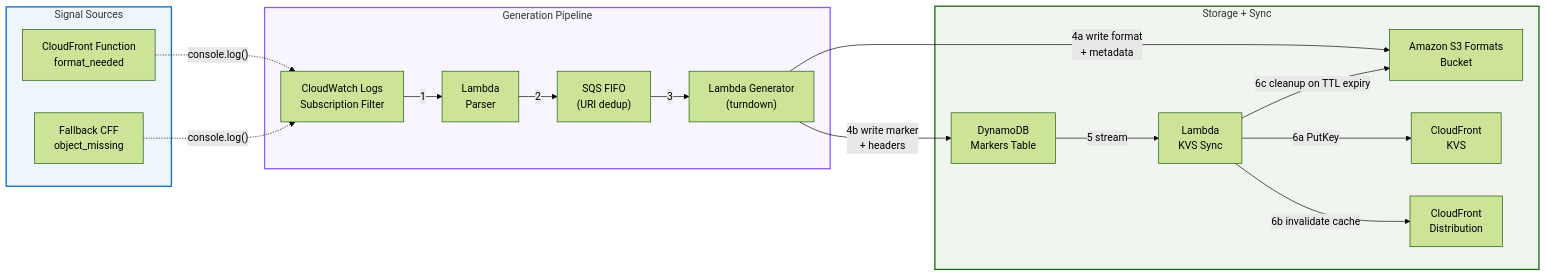
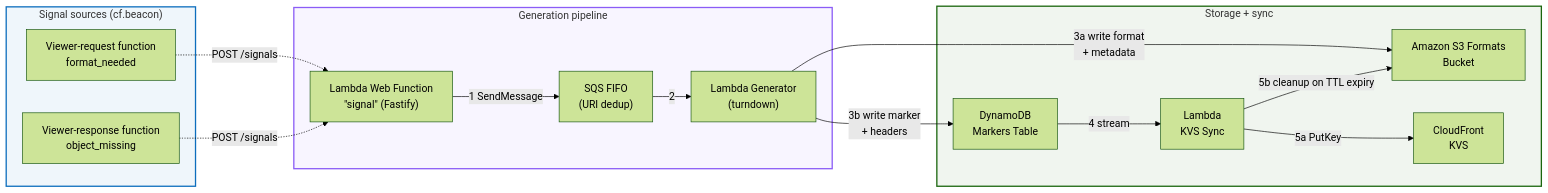
One commit to aws-samples/sample-automated-markdowns-for-agents-using-cloudfront-and-waf changed the third of 3 diagrams in README.md. Above: the diagram before and after it, drawn with Mermaid (forest theme). The commit also changed other lines of this file, not shown here.

Commit message:
README: one distribution with cf.beacon signals and a Web Function origin; cost and cleanup

````diff
--- a/README.md
+++ b/README.md
@@ -62,38 +106,34 @@
 ```mermaid
 flowchart LR
-    subgraph Signals["Signal Sources"]
-        CFF["CloudFront Function<br/>format_needed"]
-        FallbackCFF["Fallback CFF<br/>object_missing"]
+    subgraph Signals["Signal sources (cf.beacon)"]
+        VReq["Viewer-request function<br/>format_needed"]
+        VRes["Viewer-response function<br/>object_missing"]
     end
 
-    subgraph Pipeline["Generation Pipeline"]
-        CW["CloudWatch Logs<br/>Subscription Filter"]
-        Parser["Lambda<br/>Parser"]
+    subgraph Pipeline["Generation pipeline"]
+        Signal["Lambda Web Function<br/>#quot;signal#quot; (Fastify)"]
         SQS["SQS FIFO<br/>(URI dedup)"]
         Gen["Lambda Generator<br/>(turndown)"]
     end
 
-    subgraph Storage["Storage + Sync"]
+    subgraph Storage["Storage + sync"]
         FormatsBucket["Amazon S3 Formats<br/>Bucket"]
         DDB["DynamoDB<br/>Markers Table"]
         KVSSync["Lambda<br/>KVS Sync"]
         KVS["CloudFront<br/>KVS"]
-        CF["CloudFront<br/>Distribution"]
     end
 
-    CFF -.->|"console.log()"| CW
-    FallbackCFF -.->|"console.log()"| CW
-    CW -->|"1"| Parser
-    Parser -->|"2"| SQS
-    SQS -->|"3"| Gen
-    Gen -->|"4a write format<br/>+ metadata"| FormatsBucket
-    Gen -->|"4b write marker<br/>+ headers"| DDB
-    DDB -->|"5 stream"| KVSSync
-    KVSSync -->|"6a PutKey"| KVS
-    KVSSync -->|"6b invalidate cache"| CF
-    KVSSync -->|"6c cleanup on TTL expiry"| FormatsBucket
+    VReq -.->|"POST /signals"| Signal
+    VRes -.->|"POST /signals"| Signal
+    Signal -->|"1 SendMessage"| SQS
+    SQS -->|"2"| Gen
+    Gen -->|"3a write format<br/>+ metadata"| FormatsBucket
+    Gen -->|"3b write marker<br/>+ headers"| DDB
+    DDB -->|"4 stream"| KVSSync
+    KVSSync -->|"5a PutKey"| KVS
+    KVSSync -->|"5b cleanup on TTL expiry"| FormatsBucket
 
     style Signals fill:#0d6ebd10,stroke:#0d6ebd,stroke-width:2px
     style Pipeline fill:#8b5cf610,stroke:#8b5cf6,stroke-width:2px
     style Storage fill:#1b660e10,stroke:#1b660e,stroke-width:2px
 ```
````
